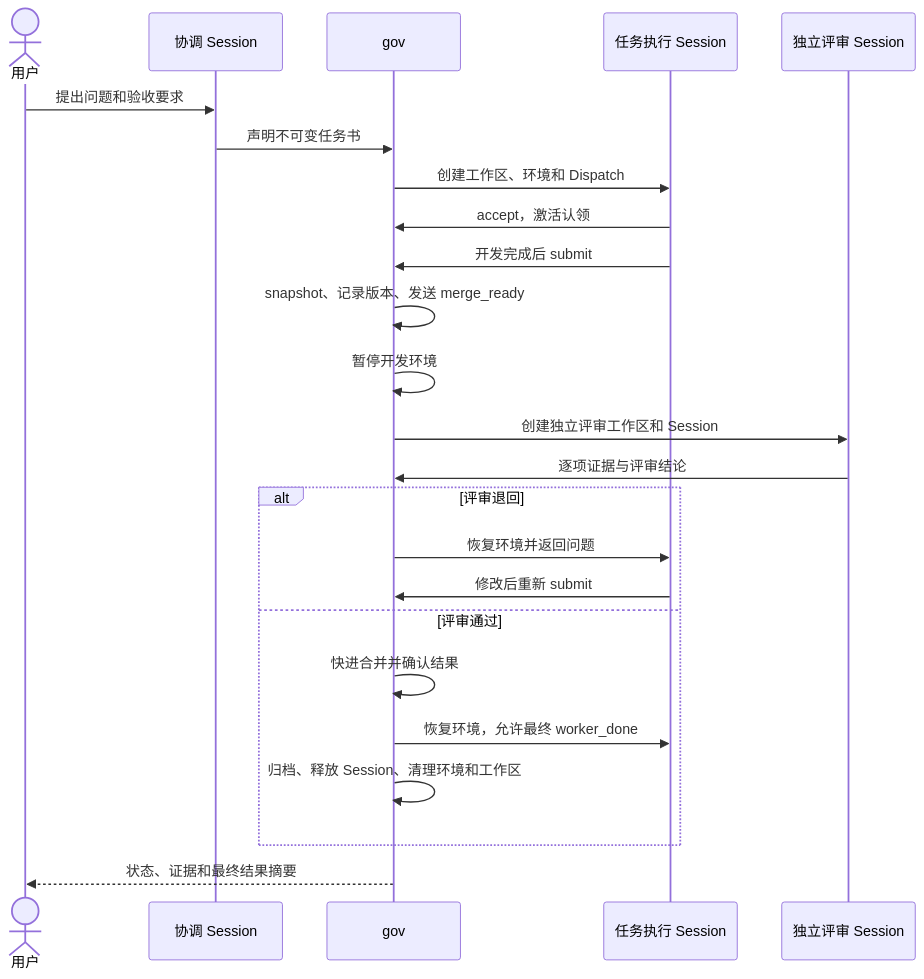
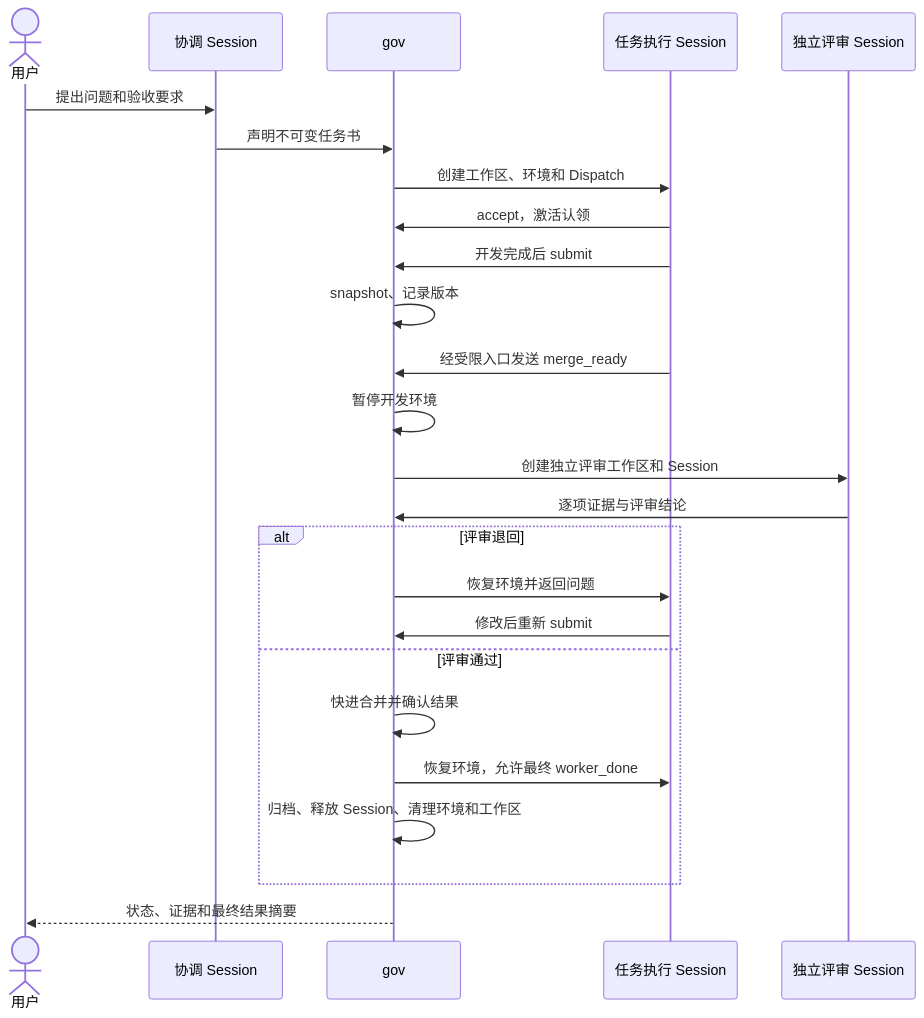
One commit to a20185/orca-workflow changed the diagram in governance-review.md. Above: the diagram before and after it, drawn with Mermaid. The commit also changed other lines of this file and 1 other file, not shown here.

Commit message:
docs(orca-governance): codex iter#4 矫正——merge_ready 发送方对齐受限启动器 + 评审轮数上限语义统一为超出才转人工

````diff
--- a/governance-review.md
+++ b/governance-review.md
@@ -121,29 +121,30 @@
 ```mermaid
 sequenceDiagram
     actor U as 用户
     participant C as 协调 Session
     participant G as gov
     participant W as 任务执行 Session
     participant R as 独立评审 Session
 
     U->>C: 提出问题和验收要求
     C->>G: 声明不可变任务书
     G->>W: 创建工作区、环境和 Dispatch
     W->>G: accept，激活认领
     W->>G: 开发完成后 submit
-    G->>G: snapshot、记录版本、发送 merge_ready
+    G->>G: snapshot、记录版本
+    W->>G: 经受限入口发送 merge_ready
     G->>G: 暂停开发环境
     G->>R: 创建独立评审工作区和 Session
     R->>G: 逐项证据与评审结论
 
     alt 评审退回
         G->>W: 恢复环境并返回问题
         W->>G: 修改后重新 submit
     else 评审通过
         G->>G: 快进合并并确认结果
         G->>W: 恢复环境，允许最终 worker_done
         G->>G: 归档、释放 Session、清理环境和工作区
     end
 
     G-->>U: 状态、证据和最终结果摘要
 ```
````
